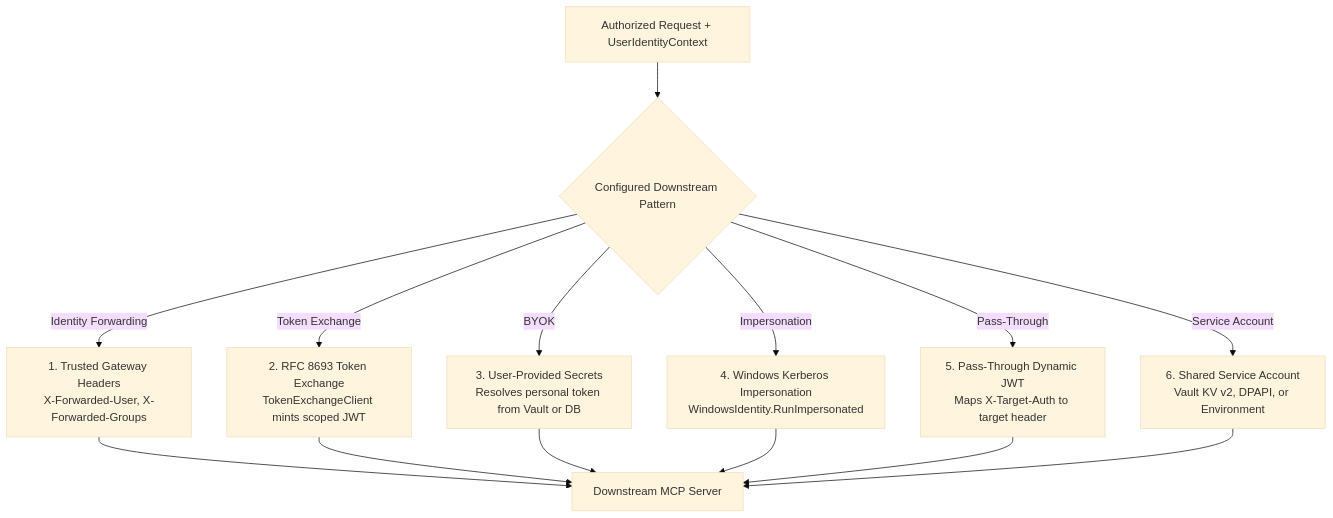
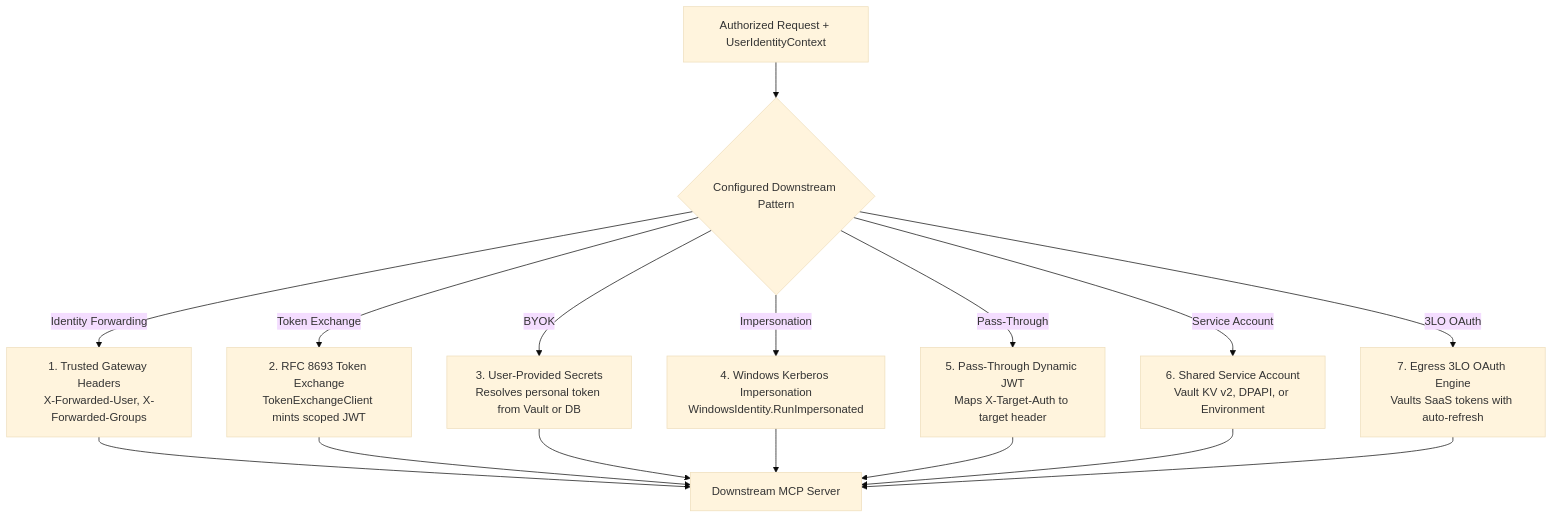
Before and after one commit to spelech/model-context-gateway: the diagram in docs/downstream-auth-and-delegation-guide.md, drawn with Mermaid (base theme). The commit also changed other lines of this file and 11 other files, not shown here.

Commit message:
docs: comprehensive user guide, client integration, and architecture updates (#219)

````diff
--- a/docs/downstream-auth-and-delegation-guide.md
+++ b/docs/downstream-auth-and-delegation-guide.md
@@ -15,18 +15,20 @@
 ```mermaid
 flowchart TD
     Authorized[Authorized Request + UserIdentityContext] --> PatternCheck{Configured Downstream Pattern}
     
     PatternCheck -->|Identity Forwarding| P1[1. Trusted Gateway Headers<br>X-Forwarded-User, X-Forwarded-Groups]
     PatternCheck -->|Token Exchange| P2[2. RFC 8693 Token Exchange<br>TokenExchangeClient mints scoped JWT]
     PatternCheck -->|BYOK| P3[3. User-Provided Secrets<br>Resolves personal token from Vault or DB]
+    PatternCheck -->|3LO OAuth| P7[7. Egress 3LO OAuth Engine<br>Vaults SaaS tokens with auto-refresh]
     PatternCheck -->|Impersonation| P4[4. Windows Kerberos Impersonation<br>WindowsIdentity.RunImpersonated]
     PatternCheck -->|Pass-Through| P5[5. Pass-Through Dynamic JWT<br>Maps X-Target-Auth to target header]
     PatternCheck -->|Service Account| P6[6. Shared Service Account<br>Vault KV v2, DPAPI, or Environment]
     
     P1 --> Backend[Downstream MCP Server]
     P2 --> Backend
     P3 --> Backend
     P4 --> Backend
     P5 --> Backend
     P6 --> Backend
+    P7 --> Backend
 ```
````
